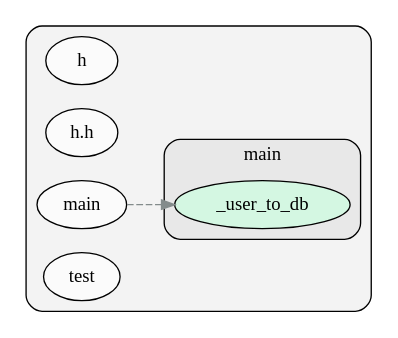
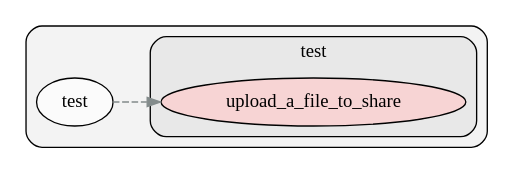
The diagram in tmp.gv (Sjim/PrivateScan-new), drawn with Graphviz before and after one commit. The commit also changed 10 other files, not shown here.

```diff
--- a/tmp.gv
+++ b/tmp.gv
@@ -1,17 +1,14 @@
 digraph G {
     graph [rankdir=LR, clusterrank="local"];
     subgraph cluster_G {
 
         graph [style="filled,rounded", fillcolor="#80808018", label=""];
-        h [label="h", style="filled", fillcolor="#ffffffb2", fontcolor="#000000", group="0"];
-        h__h [label="h.h", style="filled", fillcolor="#ffffffb2", fontcolor="#000000", group="1"];
-        main [label="main", style="filled", fillcolor="#ffffffb2", fontcolor="#000000", group="2"];
-        test [label="test", style="filled", fillcolor="#ffffffb2", fontcolor="#000000", group="3"];
-        subgraph cluster_main {
+        test [label="test", style="filled", fillcolor="#ffffffb2", fontcolor="#000000", group="0"];
+        subgraph cluster_test {
 
-            graph [style="filled,rounded", fillcolor="#80808018", label="main"];
-            main___user_to_db [label="_user_to_db", style="filled", fillcolor="#ccfee0b2", fontcolor="#000000", group="2"];
+            graph [style="filled,rounded", fillcolor="#80808018", label="test"];
+            test__upload_a_file_to_share [label="upload_a_file_to_share", style="filled", fillcolor="#feccccb2", fontcolor="#000000", group="0"];
         }
     }
-        main -> main___user_to_db [style="dashed",  color="#838b8b"];
+        test -> test__upload_a_file_to_share [style="dashed",  color="#838b8b"];
     }
```
